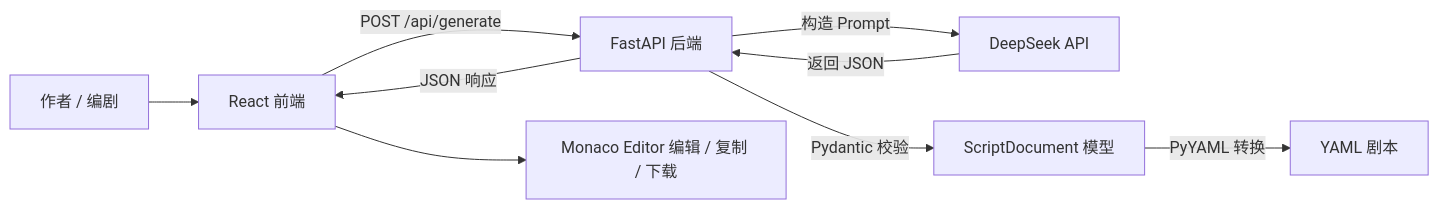
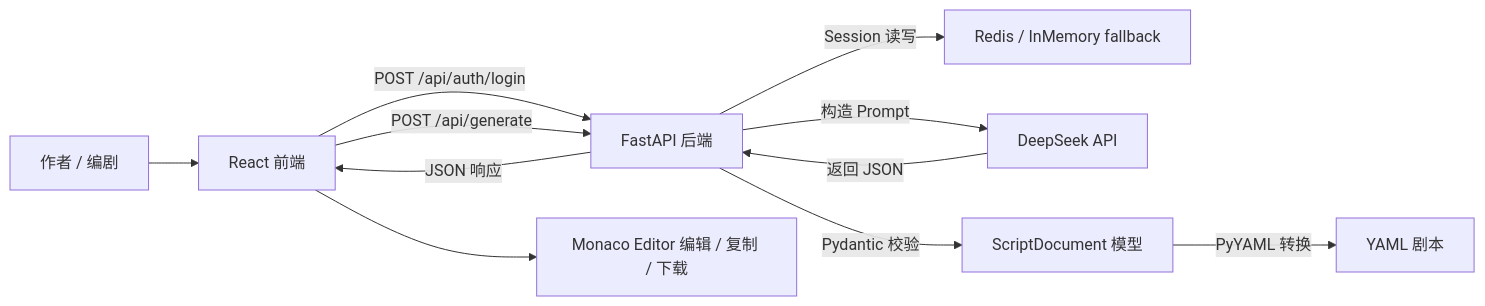
Before and after one commit to yc20041001/novel-to-script: the first of 4 diagrams in docs/system-architecture.md, drawn with Mermaid. The commit also changed other lines of this file and 18 other files, not shown here.

Commit message:
Add Redis session login

````diff
--- a/docs/system-architecture.md
+++ b/docs/system-architecture.md
@@ -17,11 +18,13 @@
 ```mermaid
 flowchart LR
   User["作者 / 编剧"] --> Frontend["React 前端"]
+  Frontend -->|POST /api/auth/login| Backend["FastAPI 后端"]
+  Backend -->|Session 读写| Redis["Redis / InMemory fallback"]
   Frontend -->|POST /api/generate| Backend["FastAPI 后端"]
   Backend -->|构造 Prompt| DeepSeek["DeepSeek API"]
   DeepSeek -->|返回 JSON| Backend
   Backend -->|Pydantic 校验| Schema["ScriptDocument 模型"]
   Schema -->|PyYAML 转换| YAML["YAML 剧本"]
   Backend -->|JSON 响应| Frontend
   Frontend --> Editor["Monaco Editor 编辑 / 复制 / 下载"]
 ```
````
